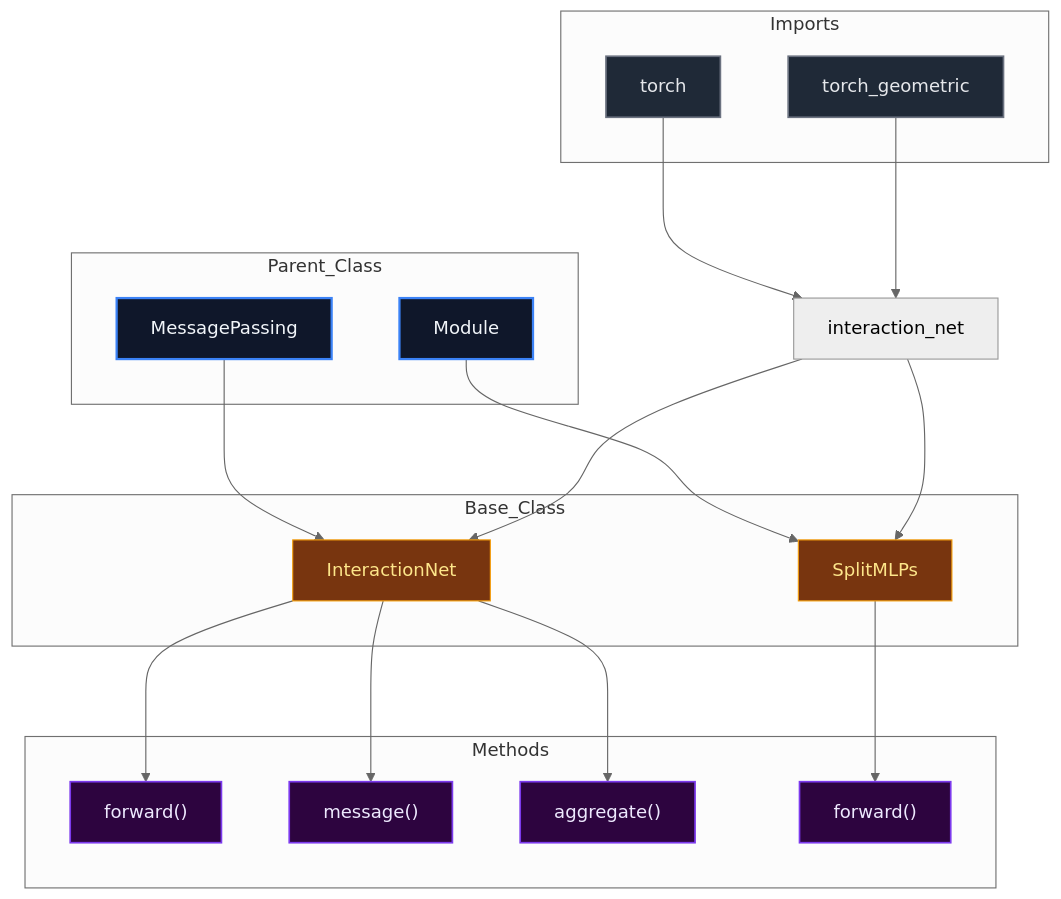
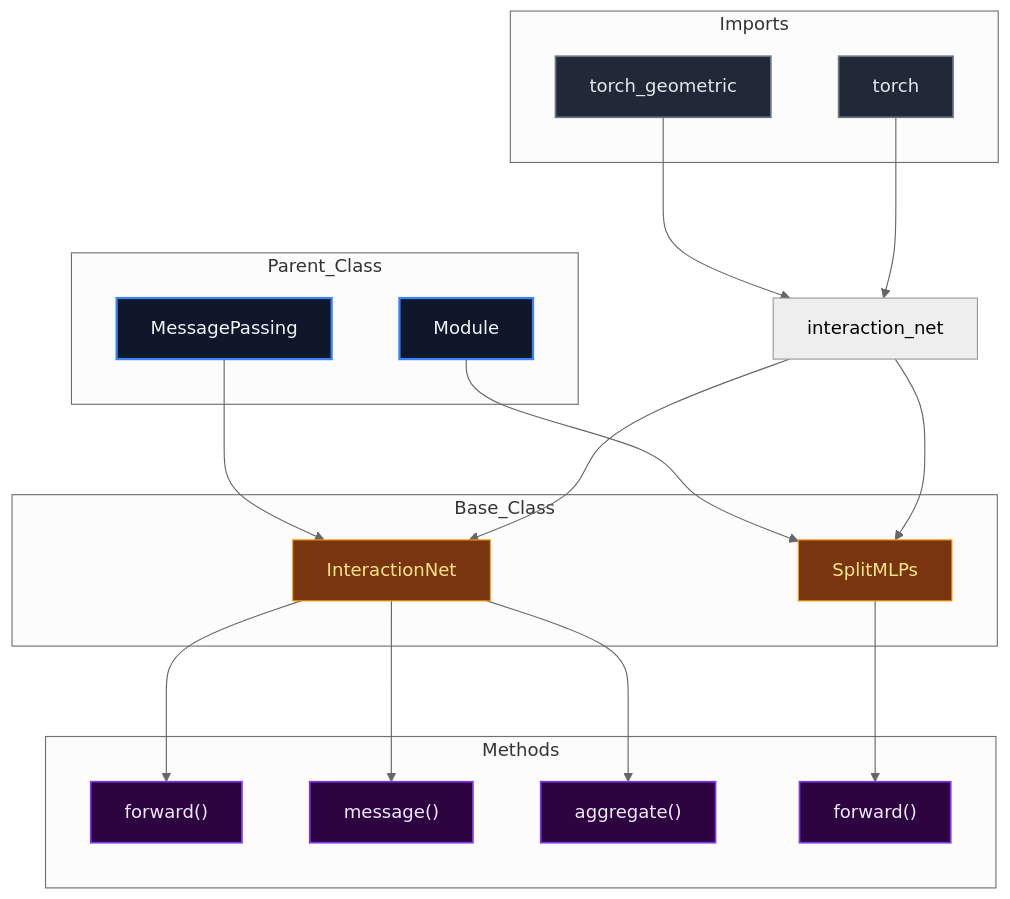
One commit to mllam/neural-lam changed the diagram in docs/diagrams/structure/interaction_net_diagram.md. Above: the diagram before and after it, drawn with Mermaid (neutral theme). The commit also changed 20 other files, not shown here.

````diff
--- a/docs/diagrams/structure/interaction_net_diagram.md
+++ b/docs/diagrams/structure/interaction_net_diagram.md
@@ -1,51 +1,51 @@
 ```mermaid
 %%{init: {'flowchart': {'nodeSpacing': 60, 'rankSpacing': 80}}}%%
 flowchart TD
 
 module["interaction_net"]
 
 subgraph Parent_Class
     MessagePassing["MessagePassing"]
     Module["Module"]
 end
 
 subgraph Base_Class
+    SplitMLPs["SplitMLPs"]
     InteractionNet["InteractionNet"]
-    SplitMLPs["SplitMLPs"]
 end
 
     MessagePassing --> InteractionNet
     Module --> SplitMLPs
 
 subgraph Imports
+    torch_geometric["torch_geometric"]
     torch["torch"]
-    torch_geometric["torch_geometric"]
 end
 
+    torch_geometric --> module
     torch --> module
-    torch_geometric --> module
+    module --> SplitMLPs
     module --> InteractionNet
-    module --> SplitMLPs
 
 subgraph Methods
     InteractionNet_forward["forward()"]
     InteractionNet_message["message()"]
     InteractionNet_aggregate["aggregate()"]
     SplitMLPs_forward["forward()"]
 end
 
     InteractionNet --> InteractionNet_forward
     InteractionNet --> InteractionNet_message
     InteractionNet --> InteractionNet_aggregate
     SplitMLPs --> SplitMLPs_forward
 
 classDef parent fill:#0f172a,stroke:#3b82f6,stroke-width:2px,color:#f1f5f9,font-size:16px
 classDef base fill:#78350f,stroke:#f59e0b,stroke-width:1px,color:#fde68a,font-size:16px
 classDef import fill:#1f2937,stroke:#6b7280,stroke-width:1.5px,color:#e5e7eb,font-size:16px
 classDef method fill:#2d043f,stroke:#7c3aed,stroke-width:1.5px,color:#ede9fe,font-size:16px
 classDef callNode fill:#064e3b,stroke:#10b981,stroke-width:1.5px,color:#d1fae5,font-size:16px
 class MessagePassing,Module parent
-class InteractionNet,SplitMLPs base
-class torch,torch_geometric import
+class SplitMLPs,InteractionNet base
+class torch_geometric,torch import
 class InteractionNet_forward,InteractionNet_message,InteractionNet_aggregate,SplitMLPs_forward method
 ```
````
